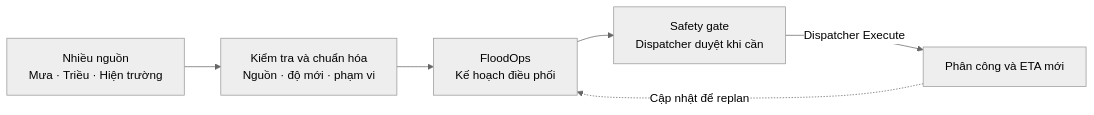
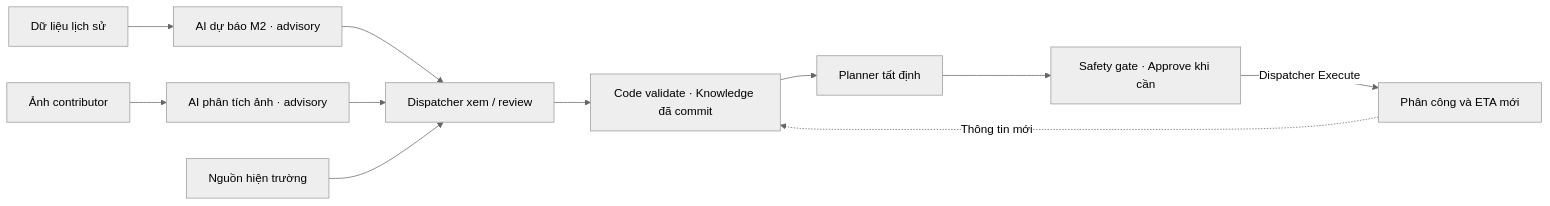
Before and after one commit to mncuchiinhuttt/floodops-application: the first of 10 diagrams in FloodOps/prd.md, drawn with Mermaid (neutral theme). The commit also changed other lines of this file and 16 other files, not shown here.

````diff
--- a/FloodOps/prd.md
+++ b/FloodOps/prd.md
@@ -28,8 +38,13 @@
 ```mermaid
 flowchart LR
-    S["Nhiều nguồn<br/>Mưa · Triều · Hiện trường"] --> V["Kiểm tra và chuẩn hóa<br/>Nguồn · độ mới · phạm vi"]
-    V --> F["FloodOps<br/>Kế hoạch điều phối"]
-    F --> G["Safety gate<br/>Dispatcher duyệt khi cần"]
+    H["Dữ liệu lịch sử"] --> A["AI dự báo M2 · advisory"]
+    P["Ảnh contributor"] --> V["AI phân tích ảnh · advisory"]
+    A --> D["Dispatcher xem / review"]
+    V --> D
+    S["Nguồn hiện trường"] --> D
+    D --> K["Code validate · Knowledge đã commit"]
+    K --> F["Planner tất định"]
+    F --> G["Safety gate · Approve khi cần"]
     G -->|Dispatcher Execute| O["Phân công và ETA mới"]
-    O -.->|Cập nhật để replan| F
+    O -.->|Thông tin mới| K
 ```
````
